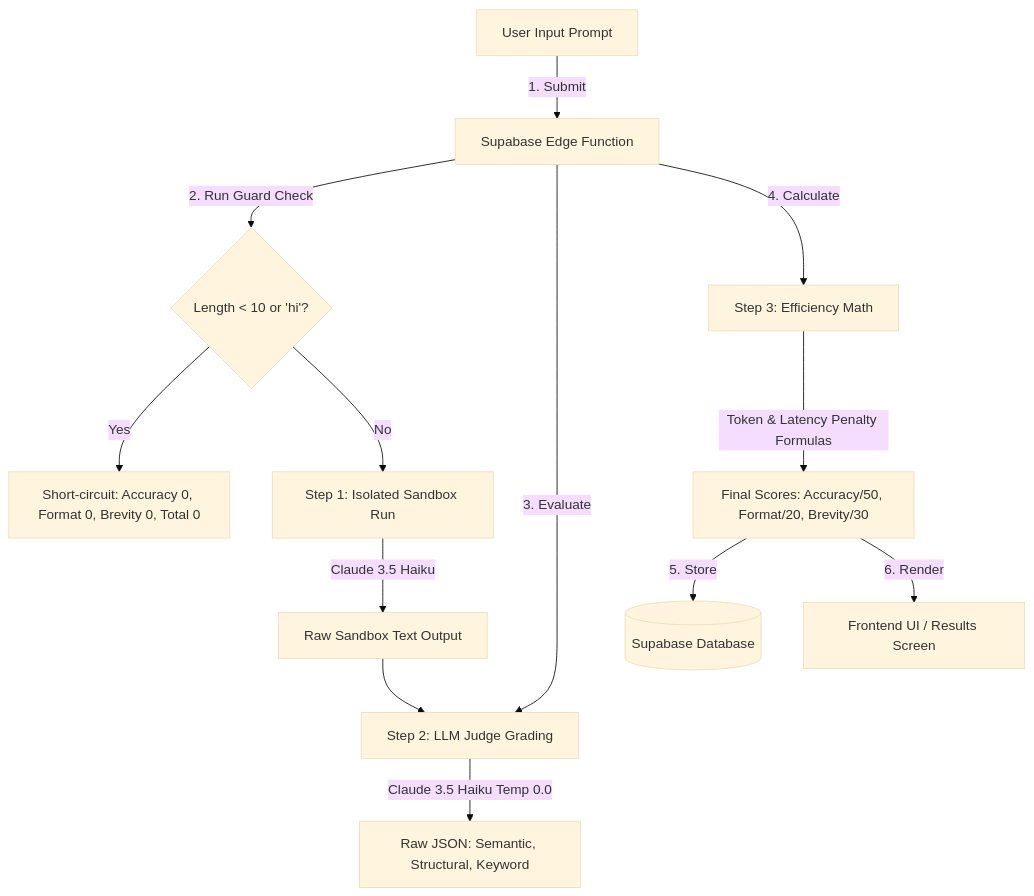
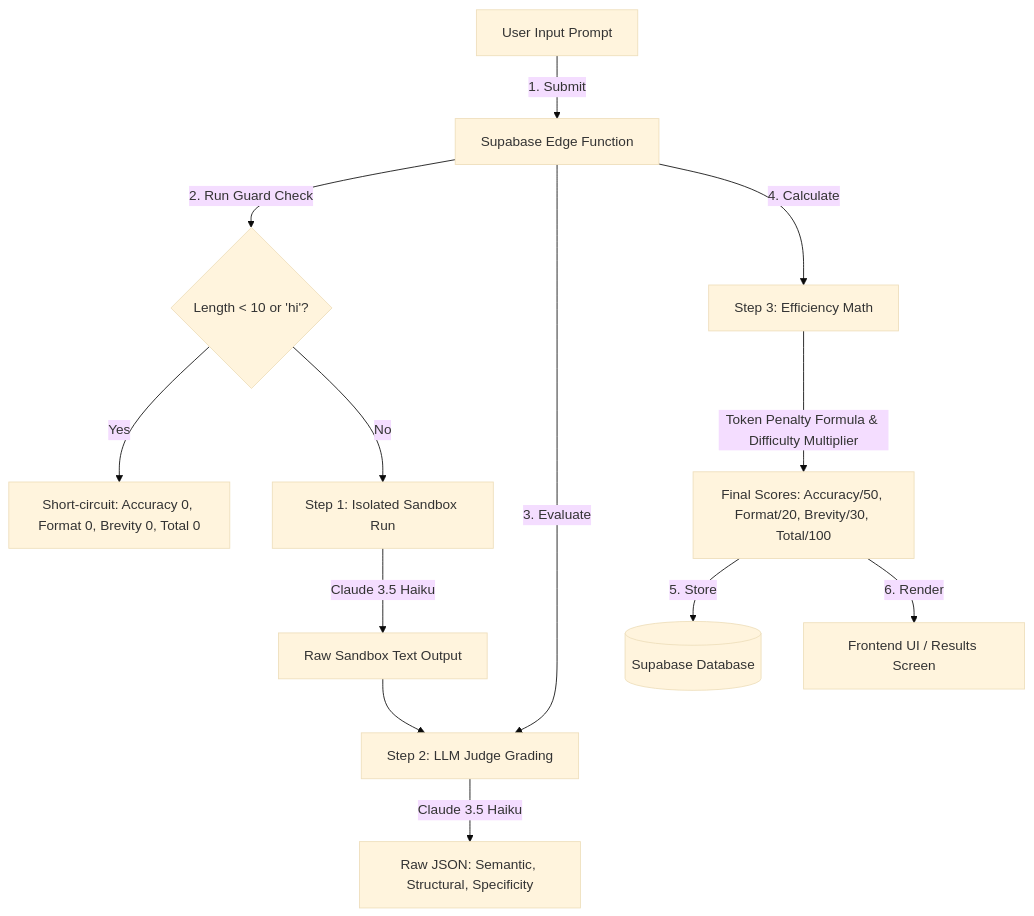
Before and after one commit to Smriti-kinra/PromptShot: the diagram in guidelines/evaluation/README.md, drawn with Mermaid (base theme). The commit also changed other lines of this file and 8 other files, not shown here.

````diff
--- a/guidelines/evaluation/README.md
+++ b/guidelines/evaluation/README.md
@@ -11,22 +11,22 @@
 ```mermaid
 graph TD
     User[User Input Prompt] -->|1. Submit| Server[Supabase Edge Function]
     Server -->|2. Run Guard Check| Guard{Length < 10 or 'hi'? }
     
     %% Guard branch
     Guard -- Yes --> ShortCircuit[Short-circuit: Accuracy 0, Format 0, Brevity 0, Total 0]
     
     %% Normal branch
     Guard -- No --> Step1[Step 1: Isolated Sandbox Run]
     Step1 -->|Claude 3.5 Haiku| SandboxOutput[Raw Sandbox Text Output]
     
     Server -->|3. Evaluate| Step2[Step 2: LLM Judge Grading]
     SandboxOutput --> Step2
-    Step2 -->|Claude 3.5 Haiku Temp 0.0| JudgeJSON[Raw JSON: Semantic, Structural, Keyword]
+    Step2 -->|Claude 3.5 Haiku| JudgeJSON[Raw JSON: Semantic, Structural, Specificity]
     
     Server -->|4. Calculate| Math[Step 3: Efficiency Math]
-    Math -->|Token & Latency Penalty Formulas| FinalScores[Final Scores: Accuracy/50, Format/20, Brevity/30]
+    Math -->|Token Penalty Formula & Difficulty Multiplier| FinalScores[Final Scores: Accuracy/50, Format/20, Brevity/30, Total/100]
     
     FinalScores -->|5. Store| DB[(Supabase Database)]
     FinalScores -->|6. Render| UI[Frontend UI / Results Screen]
 ```
````
